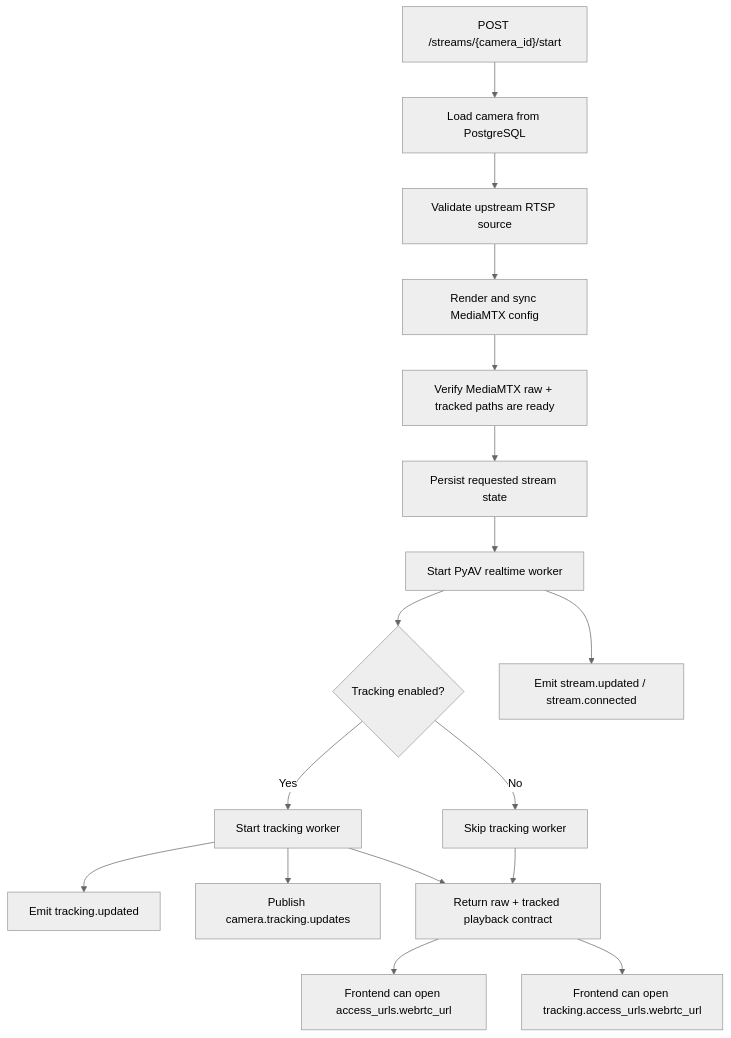
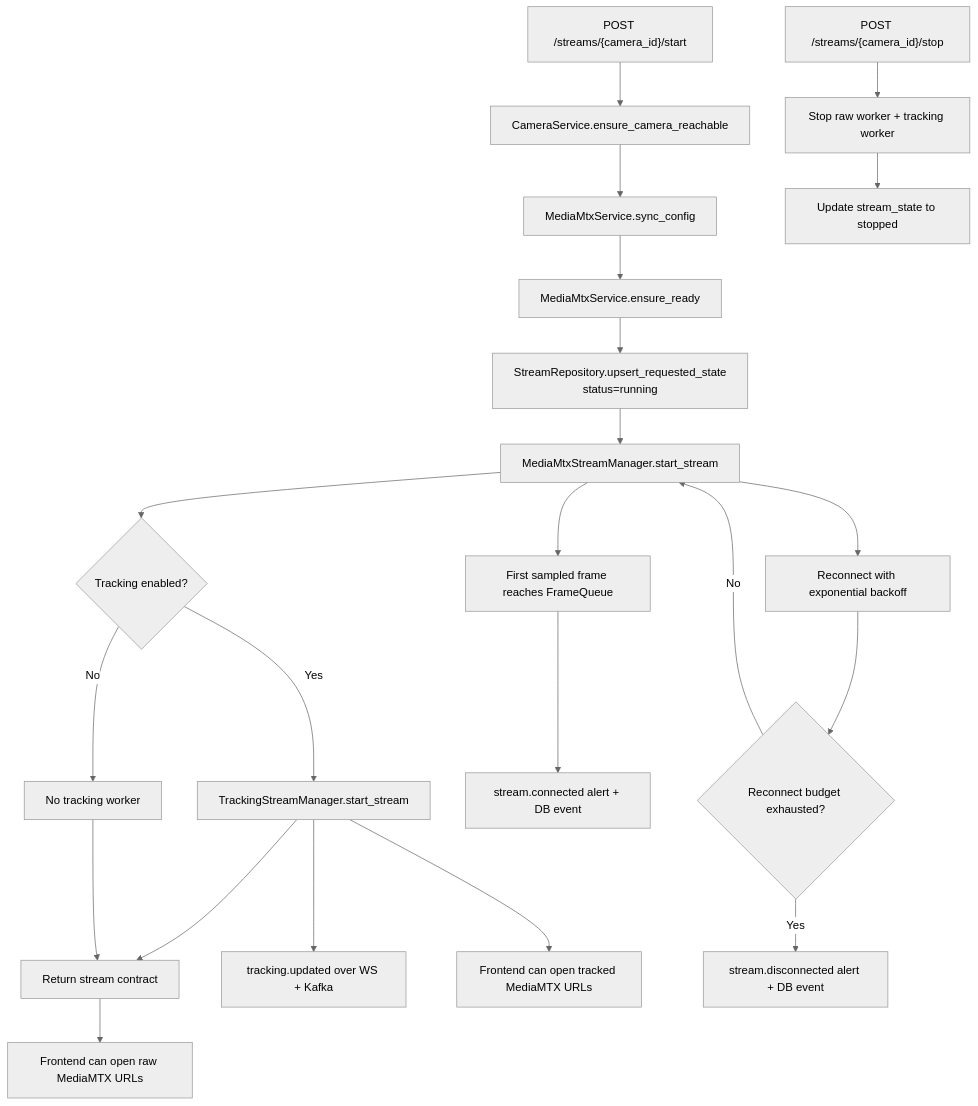
Before and after one commit to Premaramkarthik/Ai-Intelligence-Theft-Detection: the third of 4 diagrams in backend/README.md, drawn with Mermaid (neutral theme). The commit also changed other lines of this file, not shown here.

````diff
--- a/backend/README.md
+++ b/backend/README.md
@@ -86,19 +194,27 @@
 ```mermaid
 flowchart TD
-    Start["POST /streams/{camera_id}/start"] --> Load["Load camera from PostgreSQL"]
-    Load --> Validate["Validate upstream RTSP source"]
-    Validate --> Sync["Render and sync MediaMTX config"]
-    Sync --> Ensure["Verify MediaMTX raw + tracked paths are ready"]
-    Ensure --> Persist["Persist requested stream state"]
-    Persist --> Raw["Start PyAV realtime worker"]
-    Raw --> TrackChoice{"Tracking enabled?"}
-    TrackChoice -- Yes --> Track["Start tracking worker"]
-    TrackChoice -- No --> Skip["Skip tracking worker"]
-    Raw --> WSRaw["Emit stream.updated / stream.connected"]
-    Track --> WSTracked["Emit tracking.updated"]
-    Track --> KafkaTracked["Publish camera.tracking.updates"]
-    Skip --> Contract["Return raw playback contract"]
-    Track --> Contract["Return raw + tracked playback contract"]
-    Contract --> FrontendRaw["Frontend can open access_urls.webrtc_url"]
-    Contract --> FrontendTracked["Frontend can open tracking.access_urls.webrtc_url"]
+    Start["POST /streams/{camera_id}/start"] --> Validate["CameraService.ensure_camera_reachable"]
+    Validate --> Sync["MediaMtxService.sync_config"]
+    Sync --> Ready["MediaMtxService.ensure_ready"]
+    Ready --> Persist["StreamRepository.upsert_requested_state<br/>status=running"]
+    Persist --> Raw["MediaMtxStreamManager.start_stream"]
+    Raw --> TrackingChoice{"Tracking enabled?"}
+    TrackingChoice -- Yes --> Track["TrackingStreamManager.start_stream"]
+    TrackingChoice -- No --> SkipTrack["No tracking worker"]
+    Track --> Contract["Return stream contract"]
+    SkipTrack --> Contract
+    Raw --> FirstFrame["First sampled frame reaches FrameQueue"]
+    FirstFrame --> Connected["stream.connected alert + DB event"]
+    Track --> TrackUpdates["tracking.updated over WS + Kafka"]
+
+    Contract --> FrontendRaw["Frontend can open raw MediaMTX URLs"]
+    Track --> FrontendTracked["Frontend can open tracked MediaMTX URLs"]
+
+    Stop["POST /streams/{camera_id}/stop"] --> StopWorkers["Stop raw worker + tracking worker"]
+    StopWorkers --> PersistStop["Update stream_state to stopped"]
+
+    Raw --> RetryLoop["Reconnect with exponential backoff"]
+    RetryLoop --> Exhausted{"Reconnect budget exhausted?"}
+    Exhausted -- Yes --> Disconnected["stream.disconnected alert + DB event"]
+    Exhausted -- No --> Raw
 ```
````
